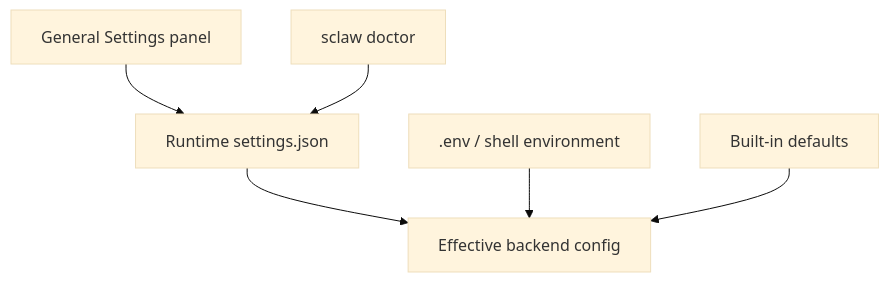
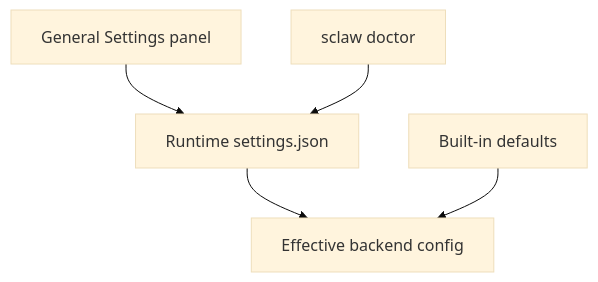
The second of 3 diagrams in docs/handbook.md (structureclaw/structureclaw), drawn with Mermaid (base theme) before and after one commit. The commit also changed other lines of this file and 8 other files, not shown here.

````diff
--- a/docs/handbook.md
+++ b/docs/handbook.md
@@ -191,8 +190,7 @@
 ```mermaid
 flowchart TD
   Settings[Runtime settings.json] --> Effective[Effective backend config]
-  Env[.env / shell environment] --> Effective
   Defaults[Built-in defaults] --> Effective
   UI[General Settings panel] --> Settings
   Doctor[sclaw doctor] --> Settings
 ```
````
